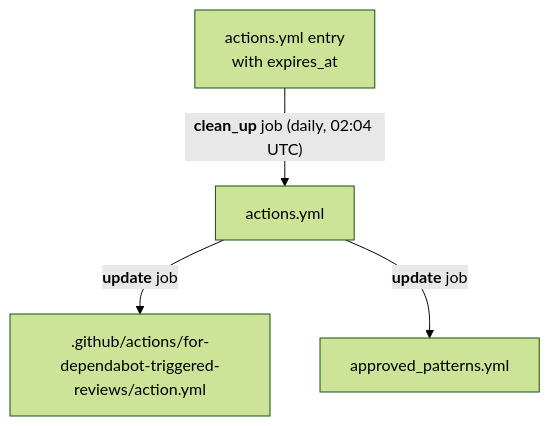
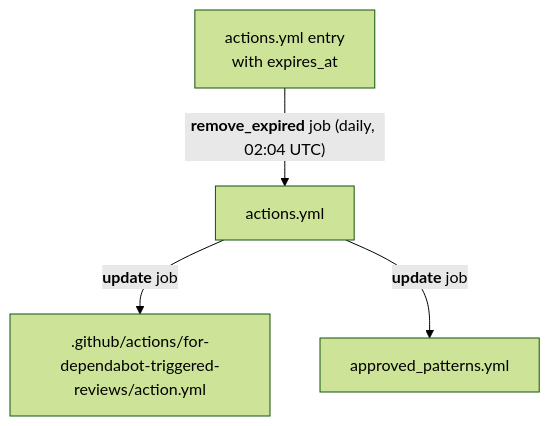
Before and after one commit to apache/infrastructure-actions: the fourth of 4 diagrams in README.md, drawn with Mermaid (forest theme). The commit also changed other lines of this file and 2 other files, not shown here.

First line of the commit message:
review-feedback: rename to update.yml, drop "former" prose, rename clean_up job

````diff
--- a/README.md
+++ b/README.md
@@ -354,6 +354,6 @@
 ```mermaid
 graph TD;
-    entry["actions.yml entry<br/>with expires_at"]--"<b>clean_up</b> job (daily, 02:04 UTC)"-->actions.yml
+    entry["actions.yml entry<br/>with expires_at"]--"<b>remove_expired</b> job (daily, 02:04 UTC)"-->actions.yml
     actions.yml--"<b>update</b> job"-->composite[".github/actions/for-dependabot-triggered-reviews/action.yml"]
     actions.yml--"<b>update</b> job"-->approved["approved_patterns.yml"]
 ```
````
